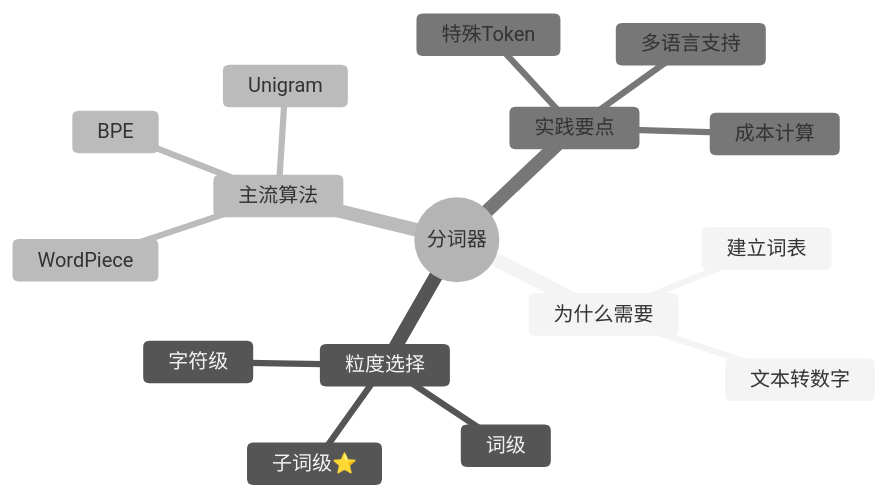
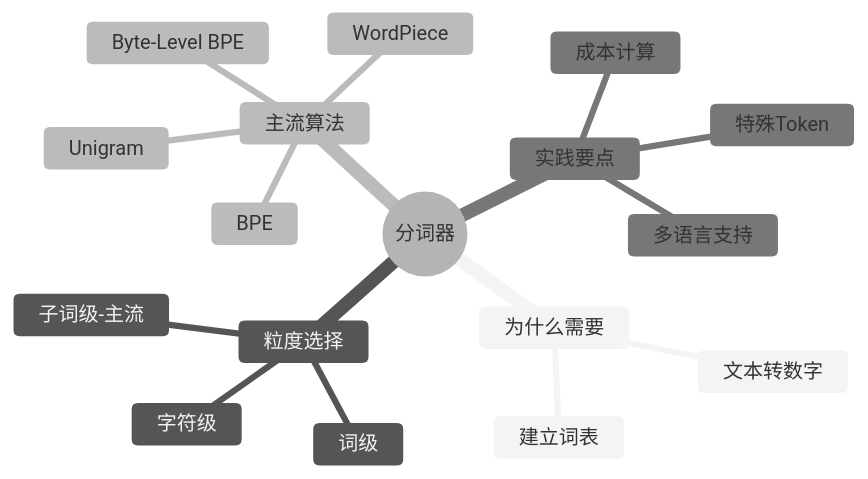
One commit to Xunzhuo/mini-sglang changed the tenth of 10 diagrams in learning/website/docs/basics/03-tokenization.md. Above: the diagram before and after it, drawn with Mermaid (neutral theme). The commit also changed other lines of this file and 9 other files, not shown here.

````diff
--- a/learning/website/docs/basics/03-tokenization.md
+++ b/learning/website/docs/basics/03-tokenization.md
@@ -403,19 +296,20 @@
 ```mermaid
 mindmap
   root((分词器))
     为什么需要
       文本转数字
       建立词表
     粒度选择
       字符级
       词级
-      子词级⭐️
+      子词级-主流
     主流算法
       BPE
       WordPiece
       Unigram
+      Byte-Level BPE
     实践要点
       特殊Token
       多语言支持
       成本计算
 ```
````
